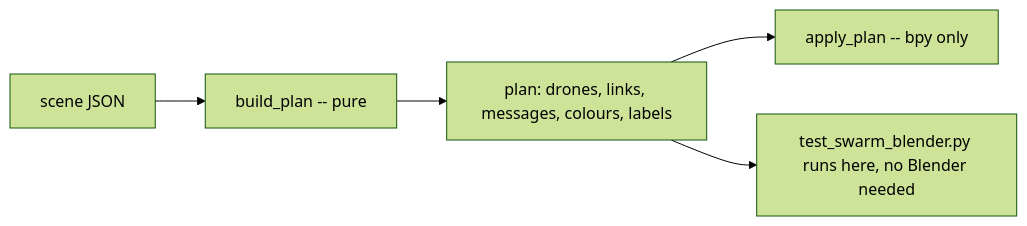
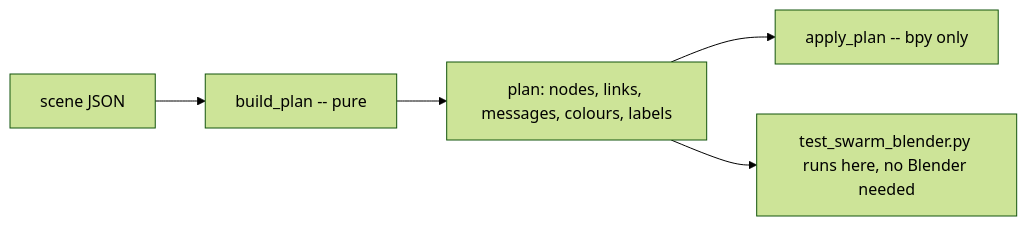
One commit to Aditya-Jyoti/swarm-communication changed the fourth of 4 diagrams in docs/architecture/blender-scene.md. Above: the diagram before and after it, drawn with Mermaid (forest theme). The commit also changed other lines of this file and 40 other files, not shown here.

````diff
--- a/docs/architecture/blender-scene.md
+++ b/docs/architecture/blender-scene.md
@@ -298,7 +298,7 @@
 ```mermaid
 flowchart LR
     J[scene JSON] --> BP[build_plan -- pure]
-    BP --> PL["plan: drones, links, messages, colours, labels"]
+    BP --> PL["plan: nodes, links, messages, colours, labels"]
     PL --> AP[apply_plan -- bpy only]
     PL --> T[test_swarm_blender.py runs here, no Blender needed]
 ```
````
